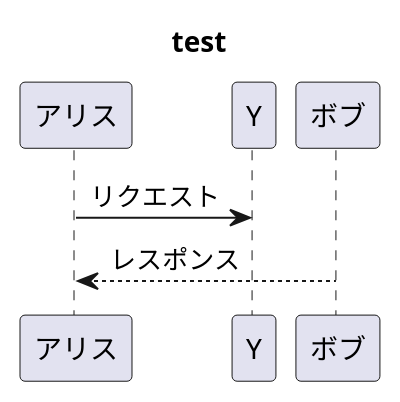
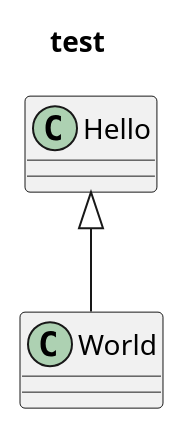
One commit to scla-sagauniv/SCLA_any_test changed the diagram in test.pu. Above: the diagram before and after it, drawn with PlantUML.

```diff
--- a/test.pu
+++ b/test.pu
@@ -1,5 +1,4 @@
 @startuml
 title test
-アリス -> Y: リクエスト
-ボブ --> アリス: レスポンス
+Hello <|-- World
 @enduml
```
